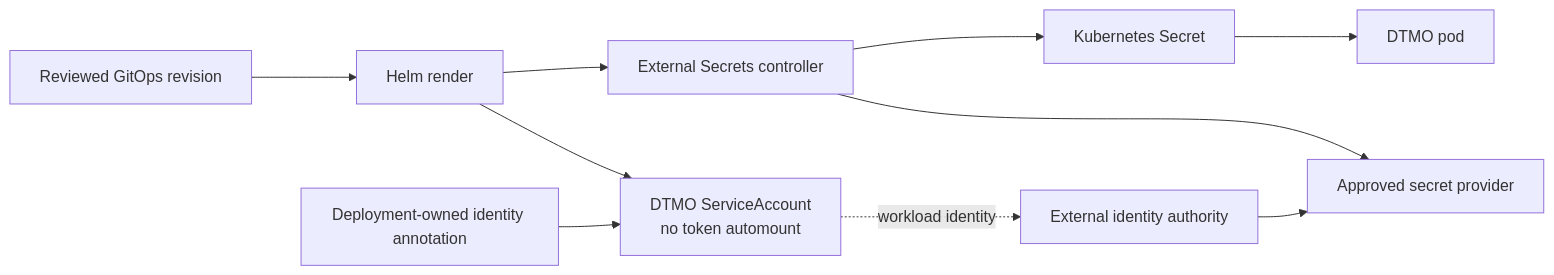
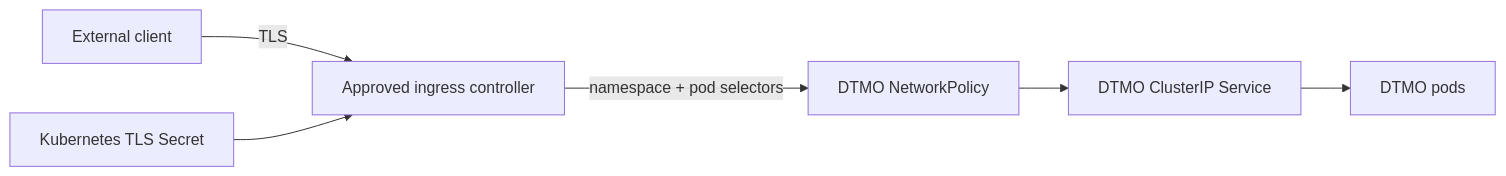
Before and after one commit to GJvManen/dtmo: the diagram in docs/project/CURRENT_STATE.md, drawn with Mermaid. The commit also changed other lines of this file, not shown here.

````diff
--- a/docs/project/CURRENT_STATE.md
+++ b/docs/project/CURRENT_STATE.md
@@ -51,12 +54,8 @@
 ```mermaid
 flowchart LR
-    G[Reviewed GitOps revision] --> H[Helm render]
-    H --> SA[DTMO ServiceAccount\nno token automount]
-    A[Deployment-owned identity annotation] --> SA
-    SA -. workload identity .-> IAM[External identity authority]
-    IAM --> STORE[Approved secret provider]
-    ES[External Secrets controller] --> STORE
-    H --> ES
-    ES --> KS[Kubernetes Secret]
-    KS --> P[DTMO pod]
+    C[External client] -->|TLS| IC[Approved ingress controller]
+    IC -->|namespace + pod selectors| NP[DTMO NetworkPolicy]
+    NP --> S[DTMO ClusterIP Service]
+    S --> P[DTMO pods]
+    T[Kubernetes TLS Secret] --> IC
 ```
````
